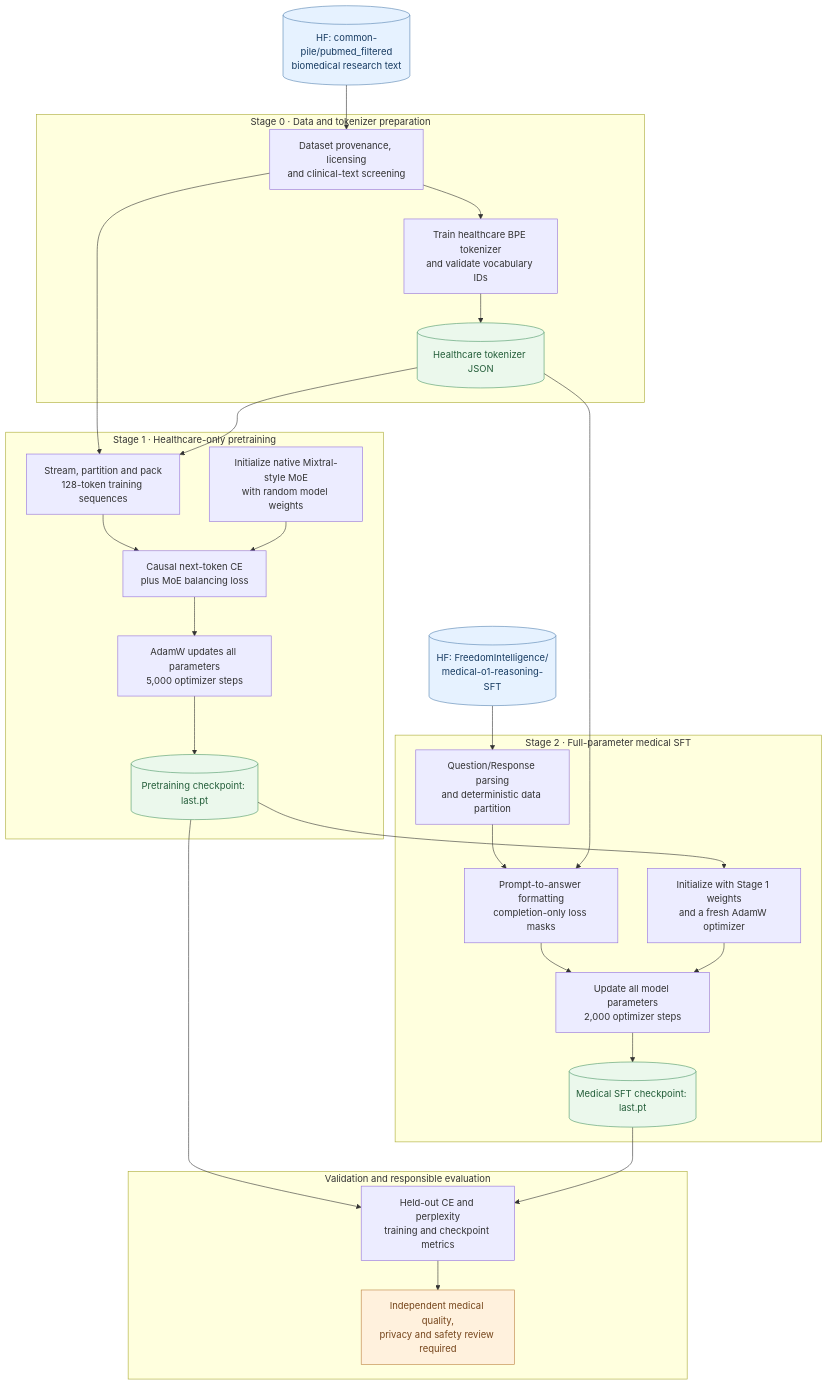
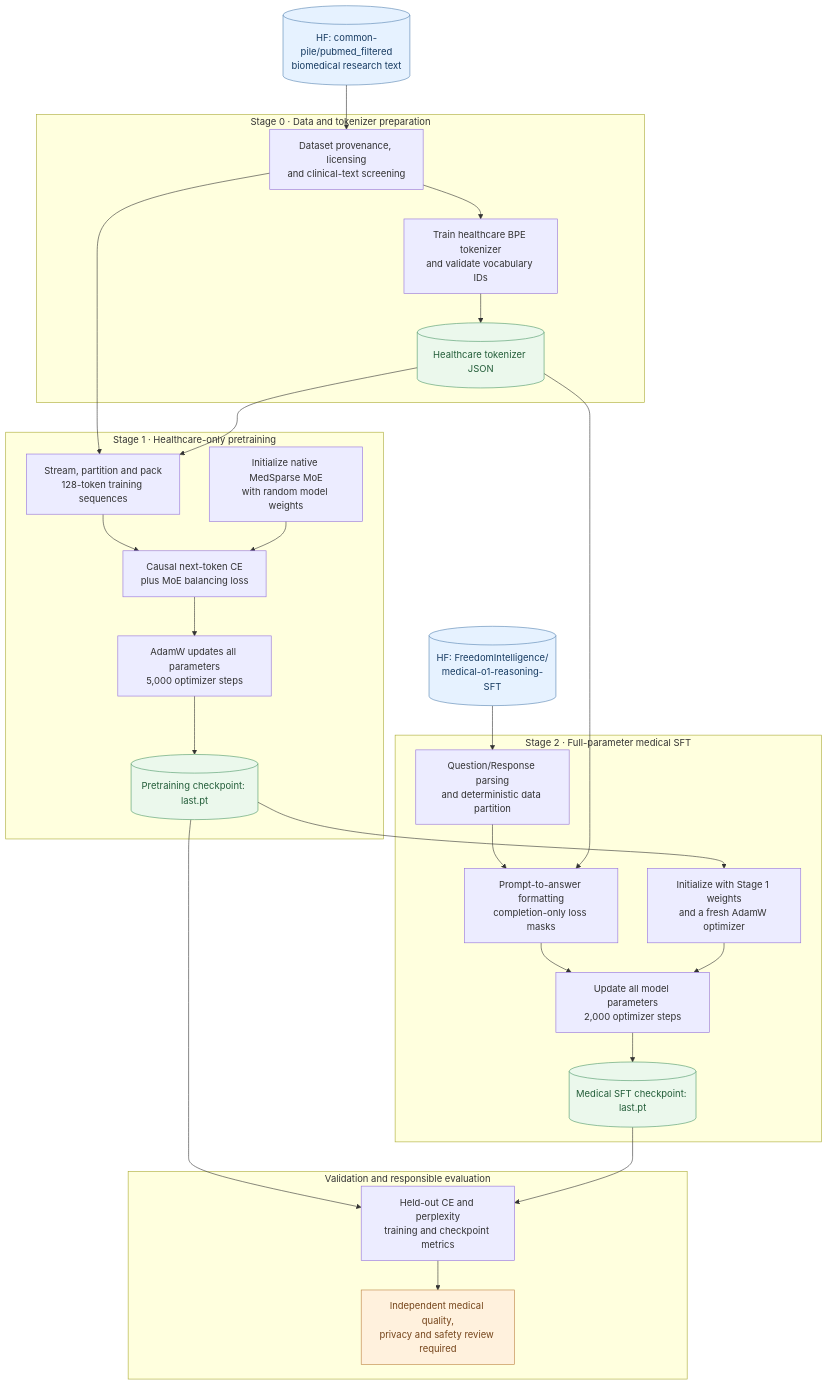
One commit to su394611-del/MedSparse-Healthcare-LLM-From-Scratch changed the diagram in diagrams/High-Level-Architecture.mmd. Above: the diagram before and after it, drawn with Mermaid. The commit also changed 15 other files, not shown here.

First line of the commit message:
Rename Mixtral Healthcare to MedSparse Healthcare

```diff
--- a/diagrams/High-Level-Architecture.mmd
+++ b/diagrams/High-Level-Architecture.mmd
@@ -1,53 +1,53 @@
 flowchart TB
     HFS[("HF: common-pile/pubmed_filtered<br/>biomedical research text")]
     HFM[("HF: FreedomIntelligence/<br/>medical-o1-reasoning-SFT")]
 
     subgraph PREP["Stage 0 · Data and tokenizer preparation"]
       AUDIT["Dataset provenance, licensing<br/>and clinical-text screening"]
       BPE["Train healthcare BPE tokenizer<br/>and validate vocabulary IDs"]
       TOK[("Healthcare tokenizer JSON")]
       AUDIT --> BPE --> TOK
     end
 
     subgraph PRETRAIN["Stage 1 · Healthcare-only pretraining"]
       PACK["Stream, partition and pack<br/>128-token training sequences"]
-      INIT["Initialize native Mixtral-style MoE<br/>with random model weights"]
+      INIT["Initialize native MedSparse MoE<br/>with random model weights"]
       CE["Causal next-token CE<br/>plus MoE balancing loss"]
       ADAM["AdamW updates all parameters<br/>5,000 optimizer steps"]
       CK1[("Pretraining checkpoint: last.pt")]
       PACK --> CE
       INIT --> CE
       CE --> ADAM --> CK1
     end
 
     subgraph SFT["Stage 2 · Full-parameter medical SFT"]
       FORMAT["Question/Response parsing<br/>and deterministic data partition"]
       MASK["Prompt-to-answer formatting<br/>completion-only loss masks"]
       LOAD["Initialize with Stage 1 weights<br/>and a fresh AdamW optimizer"]
       UPDATE["Update all model parameters<br/>2,000 optimizer steps"]
       CK2[("Medical SFT checkpoint: last.pt")]
       FORMAT --> MASK --> UPDATE
       LOAD --> UPDATE --> CK2
     end
 
     subgraph VERIFY["Validation and responsible evaluation"]
       METRICS["Held-out CE and perplexity<br/>training and checkpoint metrics"]
       REVIEW["Independent medical quality,<br/>privacy and safety review required"]
       METRICS --> REVIEW
     end
 
     HFS --> AUDIT
     AUDIT --> PACK
     TOK --> PACK
     TOK --> MASK
     CK1 --> LOAD
     HFM --> FORMAT
     CK1 --> METRICS
     CK2 --> METRICS
 
     classDef source fill:#e6f2ff,stroke:#5583b2,color:#173b61
     classDef checkpoint fill:#ebf8ec,stroke:#4d9869,color:#235d39
     classDef caution fill:#fff1dd,stroke:#bc8241,color:#75451b
     class HFS,HFM source
     class TOK,CK1,CK2 checkpoint
     class REVIEW caution
```
